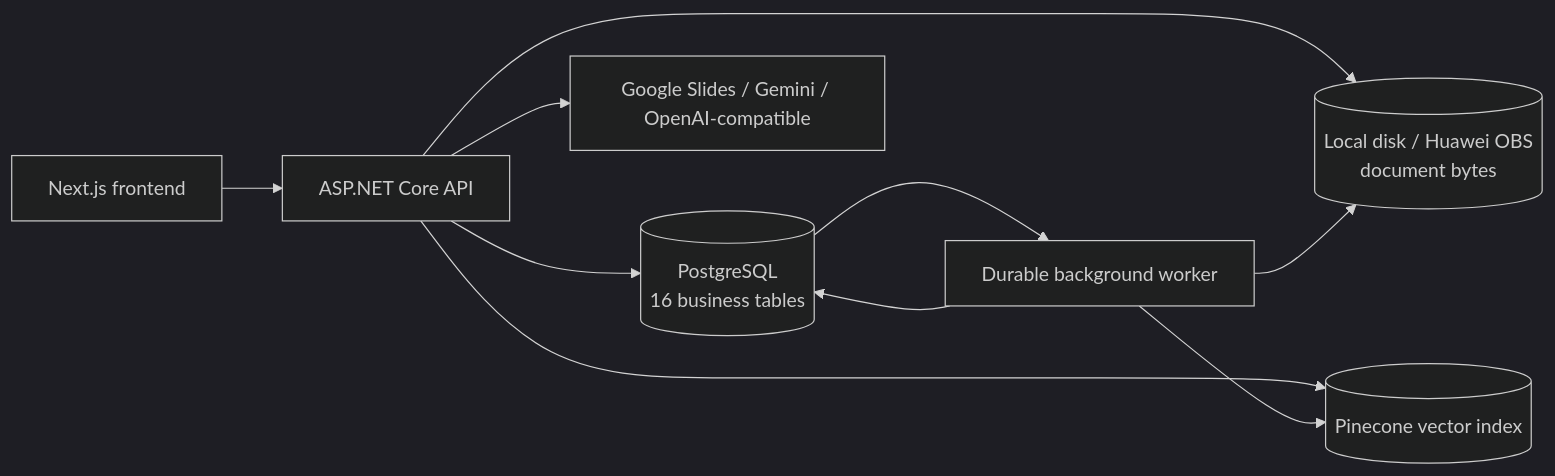
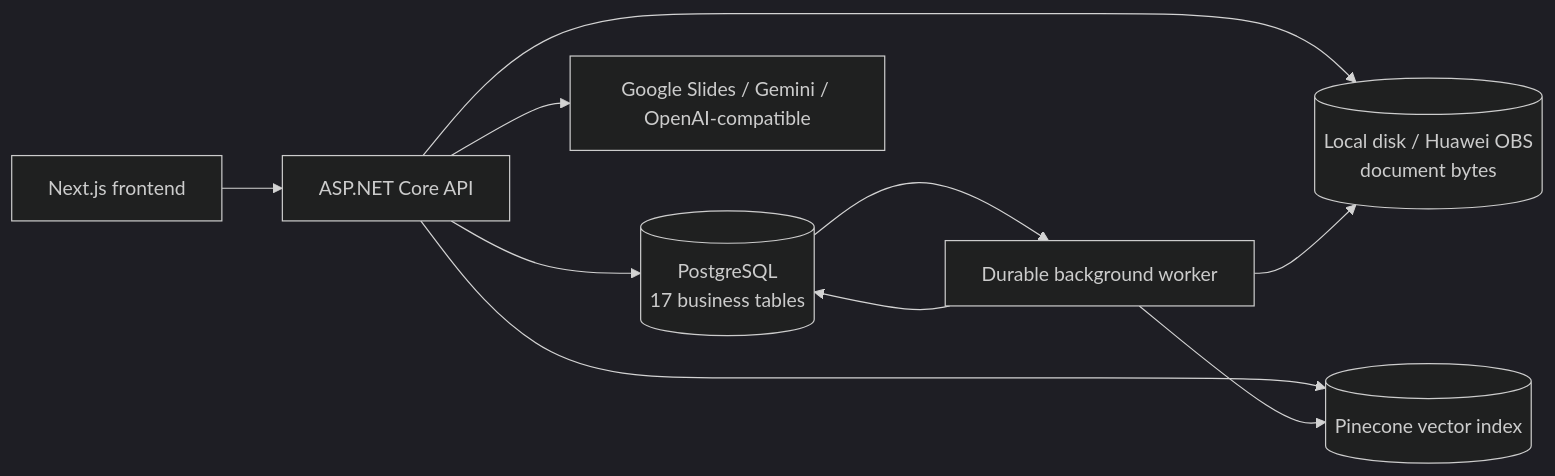
One commit to Sathaporn24/sb_supportroom changed the first of 6 diagrams in backend/docs/ER_DIAGRAM_AND_WORKFLOW.md. Above: the diagram before and after it, drawn with Mermaid (dark theme). The commit also changed other lines of this file and 24 other files, not shown here.

````diff
--- a/backend/docs/ER_DIAGRAM_AND_WORKFLOW.md
+++ b/backend/docs/ER_DIAGRAM_AND_WORKFLOW.md
@@ -14,12 +14,12 @@
 ```mermaid
 flowchart LR
     Browser[Next.js frontend] --> API[ASP.NET Core API]
-    API --> PG[(PostgreSQL<br/>16 business tables)]
+    API --> PG[(PostgreSQL<br/>17 business tables)]
     API --> Storage[(Local disk / Huawei OBS<br/>document bytes)]
     API --> Providers[Google Slides / Gemini / OpenAI-compatible]
     API --> Pinecone[(Pinecone vector index)]
     PG --> Worker[Durable background worker]
     Worker --> Storage
     Worker --> Pinecone
     Worker --> PG
 ```
````
